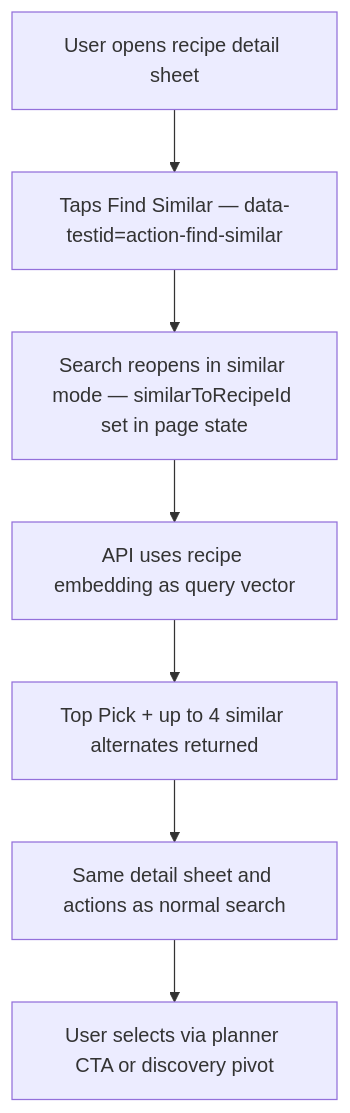
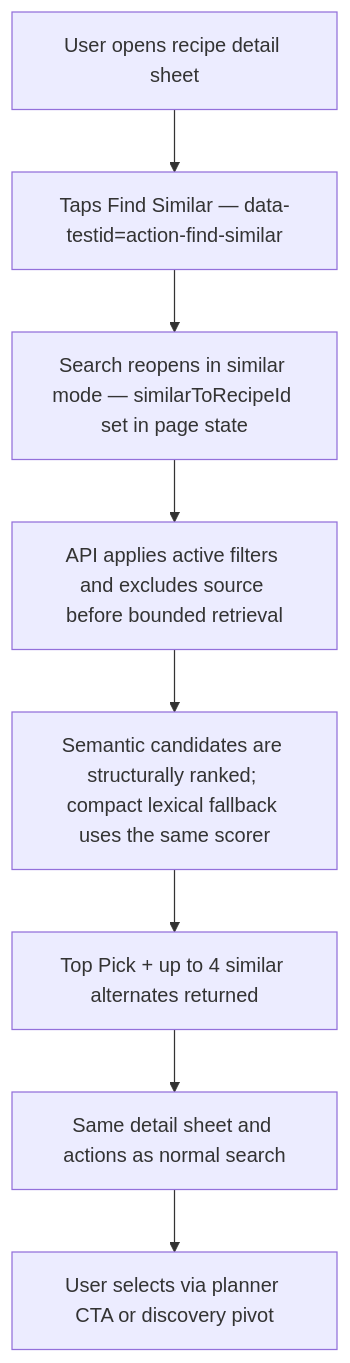
Before and after one commit to AlexandreBrisebois/whats-for-supper: the fourth of 6 diagrams in docs/flows/user-flows/recipe-search-and-library-recovery.md, drawn with Mermaid. The commit also changed other lines of this file and 13 other files, not shown here.

First line of the commit message:
feat: Update recipe similarity scoring and search functionality

````diff
--- a/docs/flows/user-flows/recipe-search-and-library-recovery.md
+++ b/docs/flows/user-flows/recipe-search-and-library-recovery.md
@@ -191,9 +191,10 @@
 ```mermaid
 flowchart TD
     A[User opens recipe detail sheet] --> B[Taps Find Similar — data-testid=action-find-similar]
     B --> C[Search reopens in similar mode — similarToRecipeId set in page state]
-    C --> D[API uses recipe embedding as query vector]
-    D --> E[Top Pick + up to 4 similar alternates returned]
-    E --> F[Same detail sheet and actions as normal search]
-    F --> G[User selects via planner CTA or discovery pivot]
+    C --> D[API applies active filters and excludes source before bounded retrieval]
+    D --> E[Semantic candidates are structurally ranked; compact lexical fallback uses the same scorer]
+    E --> F[Top Pick + up to 4 similar alternates returned]
+    F --> G[Same detail sheet and actions as normal search]
+    G --> H[User selects via planner CTA or discovery pivot]
 ```
````
